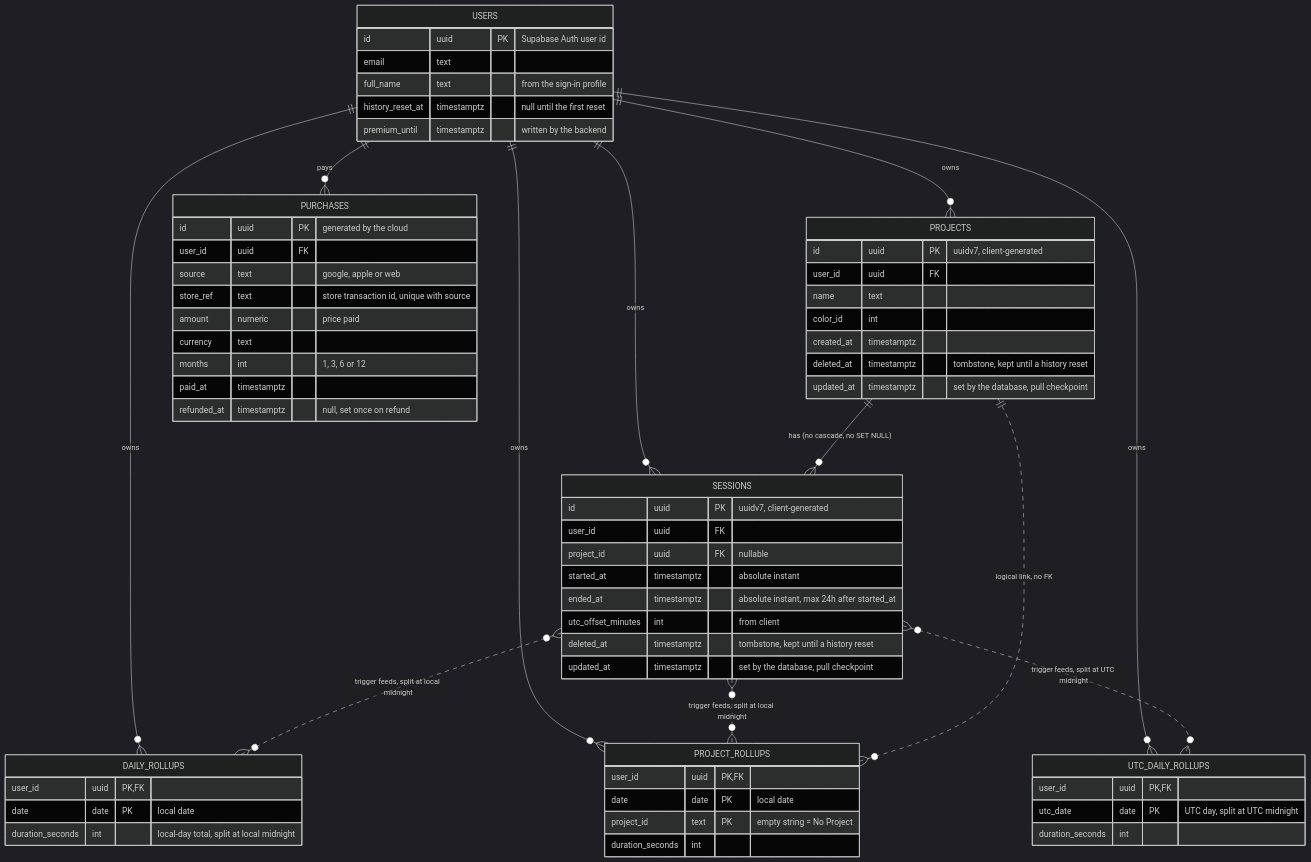
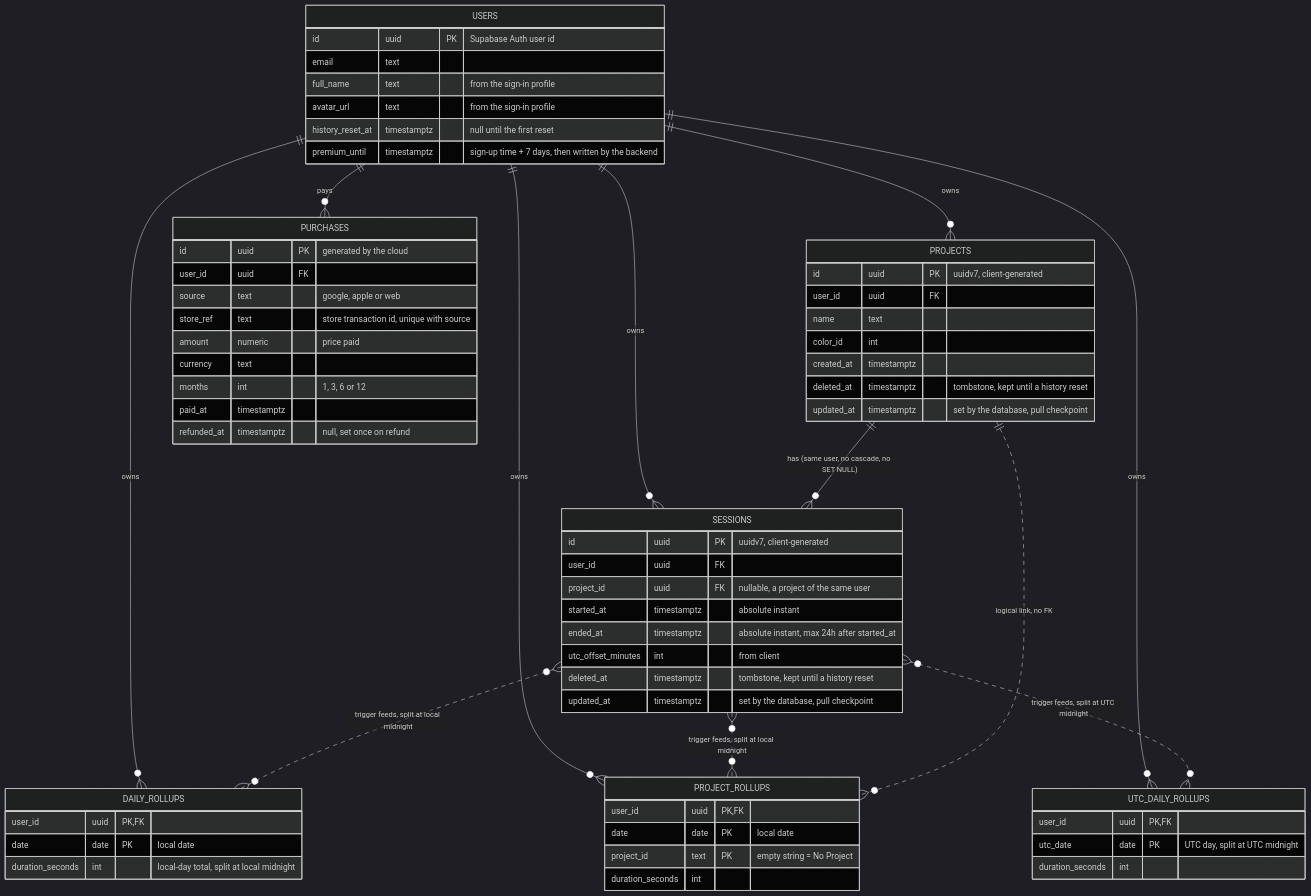
The third of 3 diagrams in README.md (sardaar-niamotullah/tarkeez), drawn with Mermaid (dark theme) before and after one commit. The commit also changed other lines of this file and 2 other files, not shown here.

````diff
--- a/README.md
+++ b/README.md
@@ -435,68 +440,69 @@
 ```mermaid
 erDiagram
   USERS ||--o{ PROJECTS : owns
   USERS ||--o{ SESSIONS : owns
   USERS ||--o{ DAILY_ROLLUPS : owns
   USERS ||--o{ PROJECT_ROLLUPS : owns
   USERS ||--o{ UTC_DAILY_ROLLUPS : owns
   USERS ||--o{ PURCHASES : pays
-  PROJECTS ||--o{ SESSIONS : "has (no cascade, no SET NULL)"
+  PROJECTS ||--o{ SESSIONS : "has (same user, no cascade, no SET NULL)"
   SESSIONS }o..o{ DAILY_ROLLUPS : "trigger feeds, split at local midnight"
   SESSIONS }o..o{ PROJECT_ROLLUPS : "trigger feeds, split at local midnight"
   SESSIONS }o..o{ UTC_DAILY_ROLLUPS : "trigger feeds, split at UTC midnight"
   PROJECTS ||..o{ PROJECT_ROLLUPS : "logical link, no FK"
 
   USERS {
     id uuid PK "Supabase Auth user id"
     email text
     full_name text "from the sign-in profile"
+    avatar_url text "from the sign-in profile"
     history_reset_at timestamptz "null until the first reset"
-    premium_until timestamptz "written by the backend"
+    premium_until timestamptz "sign-up time + 7 days, then written by the backend"
   }
   PROJECTS {
     id uuid PK "uuidv7, client-generated"
     user_id uuid FK
     name text
     color_id int
     created_at timestamptz
     deleted_at timestamptz "tombstone, kept until a history reset"
     updated_at timestamptz "set by the database, pull checkpoint"
   }
   SESSIONS {
     id uuid PK "uuidv7, client-generated"
     user_id uuid FK
-    project_id uuid FK "nullable"
+    project_id uuid FK "nullable, a project of the same user"
     started_at timestamptz "absolute instant"
     ended_at timestamptz "absolute instant, max 24h after started_at"
     utc_offset_minutes int "from client"
     deleted_at timestamptz "tombstone, kept until a history reset"
     updated_at timestamptz "set by the database, pull checkpoint"
   }
   DAILY_ROLLUPS {
     user_id uuid PK, FK
     date date PK "local date"
     duration_seconds int "local-day total, split at local midnight"
   }
   PROJECT_ROLLUPS {
     user_id uuid PK, FK
     date date PK "local date"
     project_id text PK "empty string = No Project"
     duration_seconds int
   }
   UTC_DAILY_ROLLUPS {
     user_id uuid PK, FK
     utc_date date PK "UTC day, split at UTC midnight"
     duration_seconds int
   }
   PURCHASES {
     id uuid PK "generated by the cloud"
     user_id uuid FK
     source text "google, apple or web"
     store_ref text "store transaction id, unique with source"
     amount numeric "price paid"
     currency text
     months int "1, 3, 6 or 12"
     paid_at timestamptz
     refunded_at timestamptz "null, set once on refund"
   }
 ```
````
